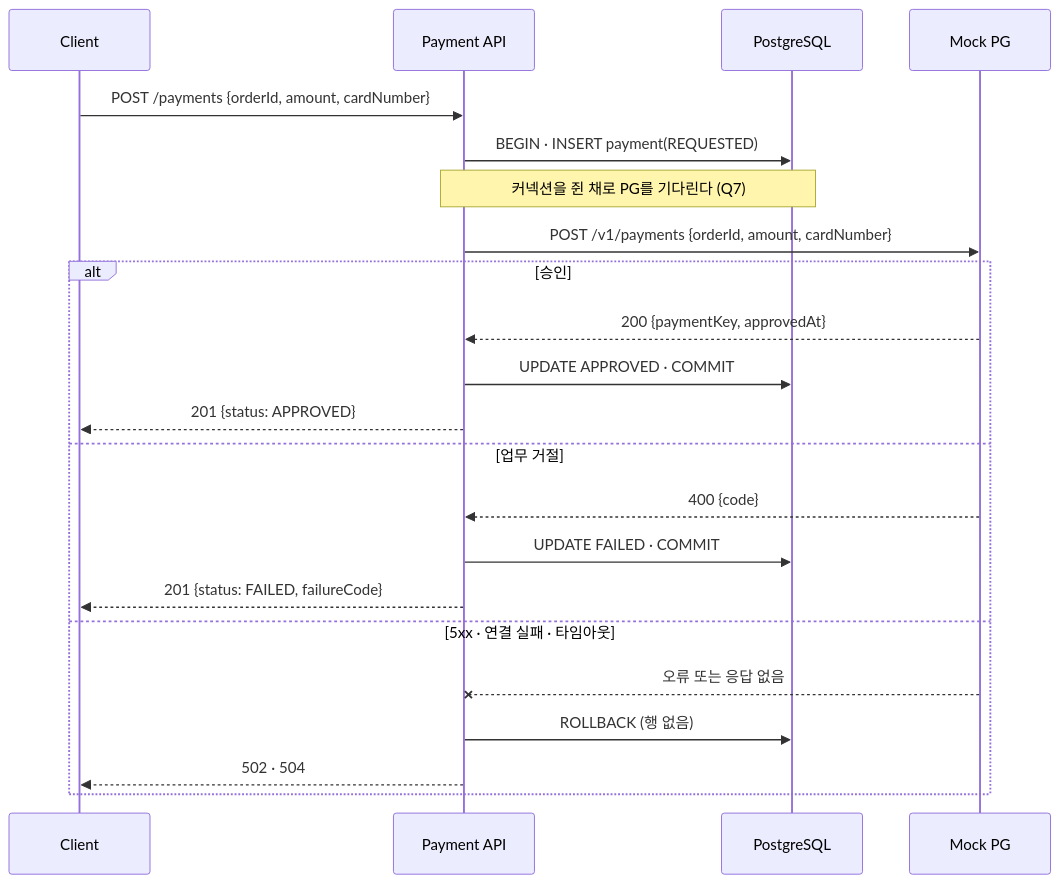
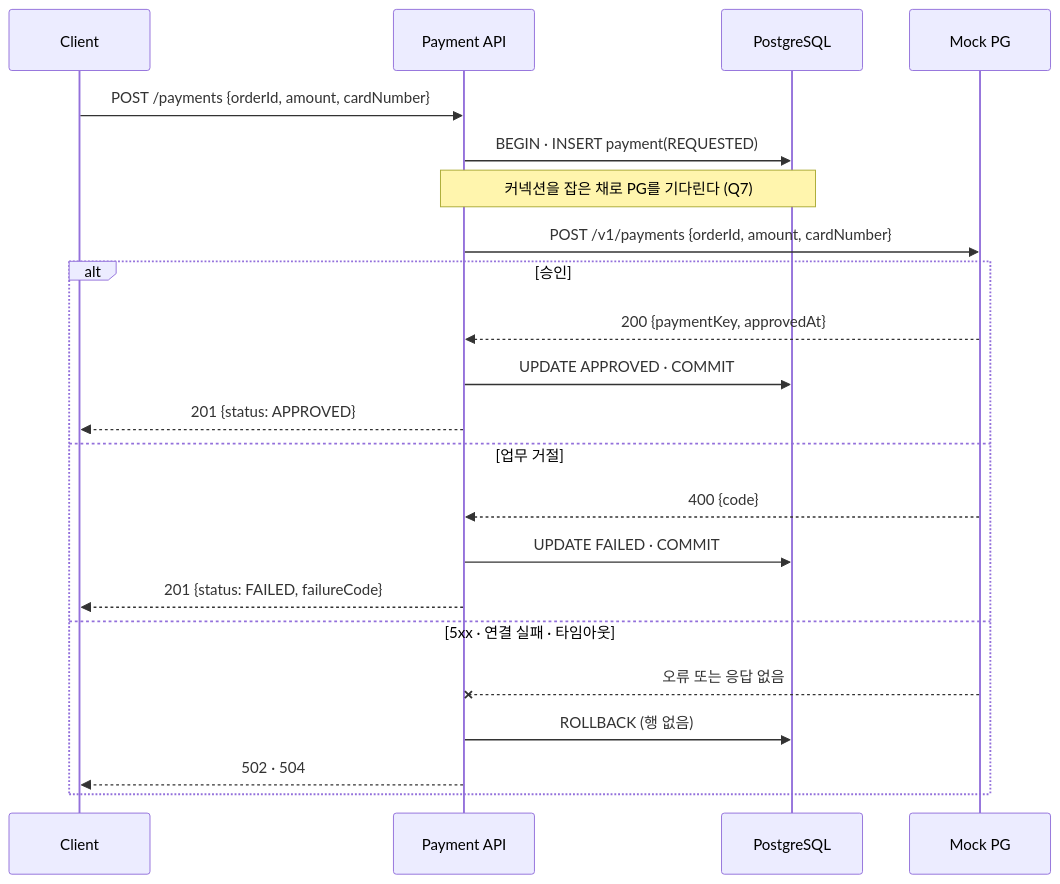
One commit to measured-labs/payment-consistency-lab changed the diagram in docs/adr/ADR-000-baseline-domain.md. Above: the diagram before and after it, drawn with Mermaid. The commit also changed other lines of this file and 2 other files, not shown here.

````diff
--- a/docs/adr/ADR-000-baseline-domain.md
+++ b/docs/adr/ADR-000-baseline-domain.md
@@ -86,24 +86,24 @@
 ```mermaid
 sequenceDiagram
     participant C as Client
     participant A as Payment API
     participant DB as PostgreSQL
     participant PG as Mock PG
     C->>A: POST /payments {orderId, amount, cardNumber}
     A->>DB: BEGIN · INSERT payment(REQUESTED)
-    Note over A,DB: 커넥션을 쥔 채로 PG를 기다린다 (Q7)
+    Note over A,DB: 커넥션을 잡은 채로 PG를 기다린다 (Q7)
     A->>PG: POST /v1/payments {orderId, amount, cardNumber}
     alt 승인
         PG-->>A: 200 {paymentKey, approvedAt}
         A->>DB: UPDATE APPROVED · COMMIT
         A-->>C: 201 {status: APPROVED}
     else 업무 거절
         PG-->>A: 400 {code}
         A->>DB: UPDATE FAILED · COMMIT
         A-->>C: 201 {status: FAILED, failureCode}
     else 5xx · 연결 실패 · 타임아웃
         PG--xA: 오류 또는 응답 없음
         A->>DB: ROLLBACK (행 없음)
         A-->>C: 502 · 504
     end
 ```
````
